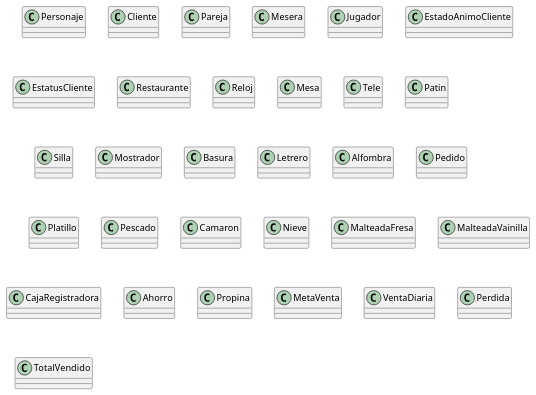
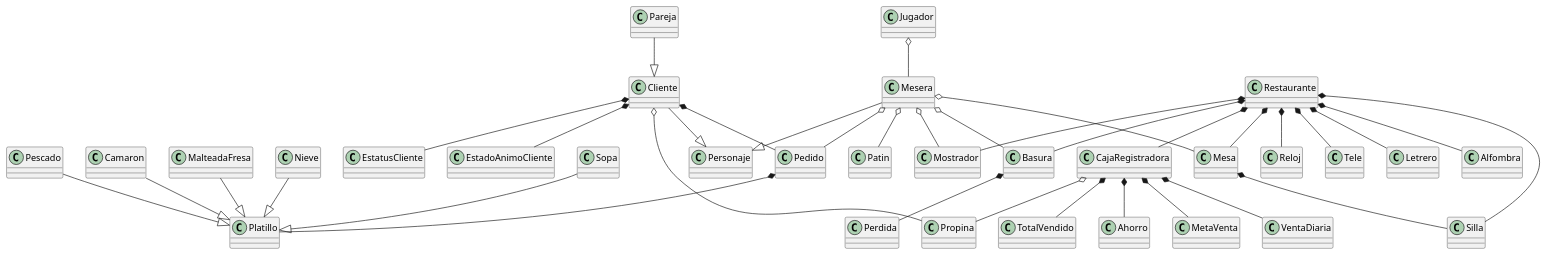
One commit to carolinaprian/3E261 changed the diagram in diagrama.puml. Above: the diagram before and after it, drawn with PlantUML.

Commit message:
Practica 2 corregida

```diff
--- a/diagrama.puml
+++ b/diagrama.puml
@@ -1,40 +1,83 @@
 @startuml
 
 class Personaje
 class Cliente
 class Pareja
 class Mesera
 class Jugador
 
+Cliente --|> Personaje
+Mesera --|> Personaje
+Pareja --|> Cliente
+Jugador o-- Mesera
+
 class EstadoAnimoCliente
 class EstatusCliente
+
+Cliente *-- EstadoAnimoCliente
+Cliente *-- EstatusCliente
 
 class Restaurante
 class Reloj
 class Mesa
 class Tele
 class Patin
 class Silla 
 class Mostrador
 class Basura
 class Letrero
 class Alfombra
 
+Restaurante *-- Reloj
+Restaurante *-- Mesa
+Restaurante *-- Tele
+Restaurante *-- Silla
+Restaurante *-- Mostrador
+Restaurante *-- CajaRegistradora
+Restaurante *-- Letrero
+Restaurante *-- Alfombra
+Restaurante *-- Basura
+
+Mesa *-- Silla
+
+Mesera o-- Patin
+Mesera o-- Mesa
+Mesera o-- Mostrador
+Mesera o-- Basura
+
 class Pedido
 class Platillo
 class Pescado
 class Camaron
 class Nieve
 class MalteadaFresa
-class MalteadaVainilla
+class Sopa
+
+Cliente *-- Pedido
+Mesera o-- Pedido
+Pedido *-- Platillo
+
+Pescado --|> Platillo
+Camaron --|> Platillo
+Nieve --|> Platillo
+MalteadaFresa --|> Platillo
+Sopa --|> Platillo
 
 class CajaRegistradora
 class Ahorro
 class Propina
 class MetaVenta
 class VentaDiaria
 class Perdida
 class TotalVendido
 
+CajaRegistradora *-- Ahorro
+CajaRegistradora *-- MetaVenta
+CajaRegistradora *-- VentaDiaria
+CajaRegistradora o-- Propina
+CajaRegistradora *-- TotalVendido
+
+Cliente o-- Propina
+Basura *-- Perdida
 
 @enduml
```
